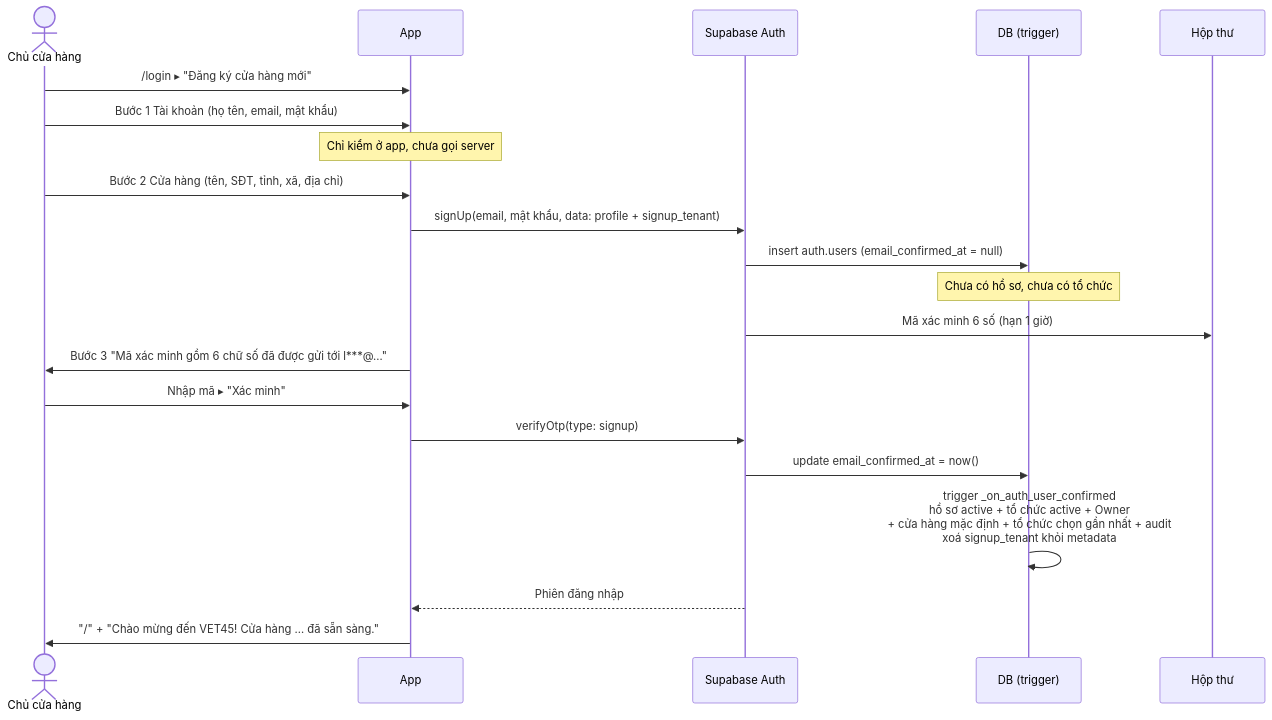
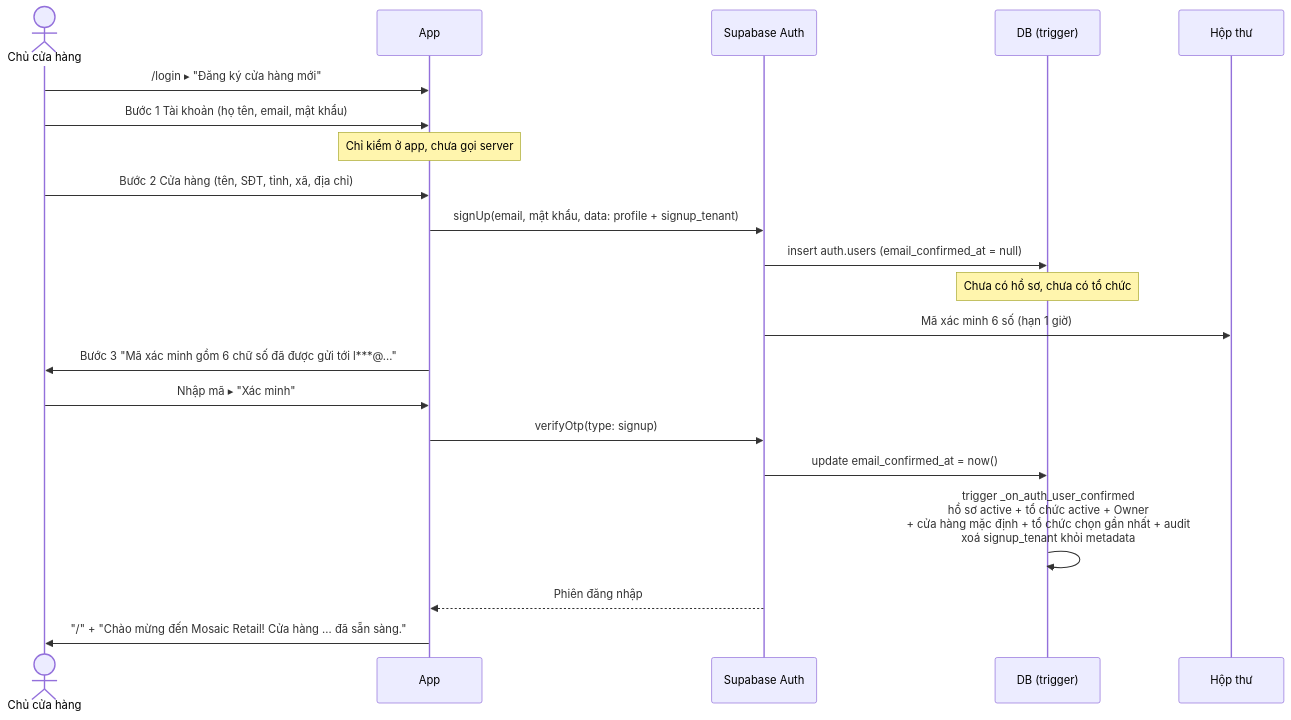
Before and after one commit to DsChien102/erp-sales-inventory: the first of 3 diagrams in docs/02-yeu-cau/LUONG-DANG-KY-XAC-MINH-EMAIL.md, drawn with Mermaid. The commit also changed 2135 other files, not shown here.

First line of the commit message:
refactor: đổi tên app thành Mosaic Retail, tên kỹ thuật vet45 thành c45

````diff
--- a/docs/02-yeu-cau/LUONG-DANG-KY-XAC-MINH-EMAIL.md
+++ b/docs/02-yeu-cau/LUONG-DANG-KY-XAC-MINH-EMAIL.md
@@ -26,24 +26,24 @@
 ```mermaid
 sequenceDiagram
   actor U as Chủ cửa hàng
   participant App
   participant Auth as Supabase Auth
   participant DB as DB (trigger)
   participant Mail as Hộp thư
 
   U->>App: /login ▸ "Đăng ký cửa hàng mới"
   U->>App: Bước 1 Tài khoản (họ tên, email, mật khẩu)
   Note over App: Chỉ kiểm ở app, chưa gọi server
   U->>App: Bước 2 Cửa hàng (tên, SĐT, tỉnh, xã, địa chỉ)
   App->>Auth: signUp(email, mật khẩu, data: profile + signup_tenant)
   Auth->>DB: insert auth.users (email_confirmed_at = null)
   Note over DB: Chưa có hồ sơ, chưa có tổ chức
   Auth->>Mail: Mã xác minh 6 số (hạn 1 giờ)
   App->>U: Bước 3 "Mã xác minh gồm 6 chữ số đã được gửi tới l***@…"
   U->>App: Nhập mã ▸ "Xác minh"
   App->>Auth: verifyOtp(type: signup)
   Auth->>DB: update email_confirmed_at = now()
   DB->>DB: trigger _on_auth_user_confirmed<br/>hồ sơ active + tổ chức active + Owner<br/>+ cửa hàng mặc định + tổ chức chọn gần nhất + audit<br/>xoá signup_tenant khỏi metadata
   Auth-->>App: Phiên đăng nhập
-  App->>U: "/" + "Chào mừng đến VET45! Cửa hàng … đã sẵn sàng."
+  App->>U: "/" + "Chào mừng đến Mosaic Retail! Cửa hàng … đã sẵn sàng."
 ```
````
